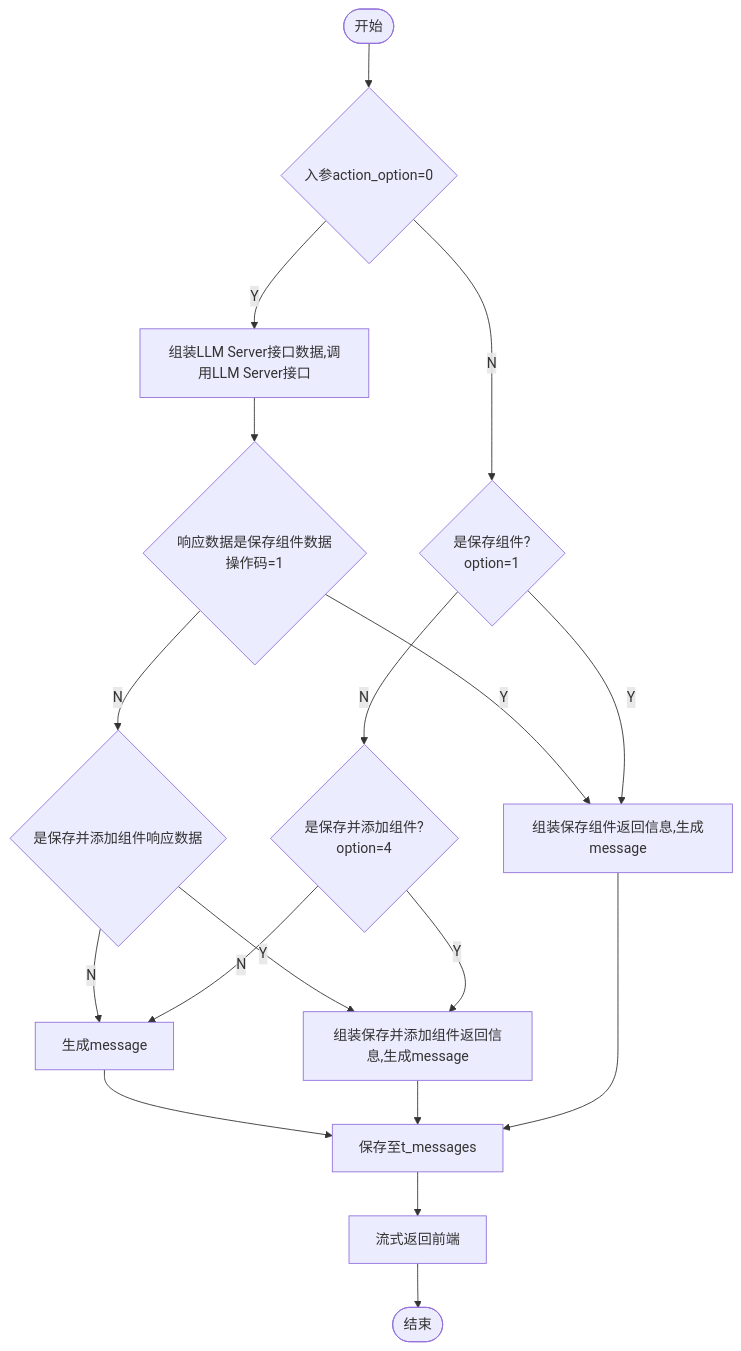
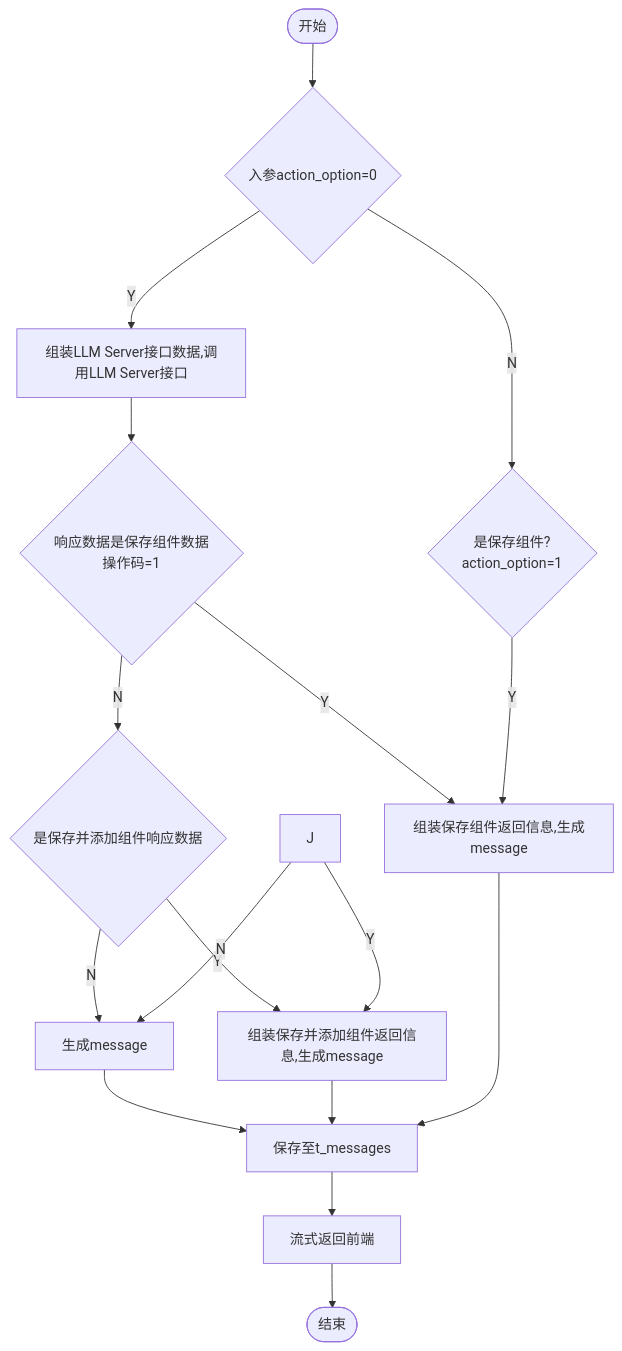
One commit to yingjianzh/iodraw-files changed the diagram in all/添加保存组件.md. Above: the diagram before and after it, drawn with Mermaid.

Commit message:
2024-10-15 15:26:14 update

````diff
--- a/all/添加保存组件.md
+++ b/all/添加保存组件.md
@@ -1,21 +1,21 @@
 ```mermaid
 flowchart TD
     A([开始]) --> B{入参action_option=0}
     B -- Y --> C[组装LLM Server接口数据,调用LLM Server接口]
     C --> E{响应数据是保存组件数据 \n 操作码=1}
-    B -- N --> D{是保存组件? \n option=1}
+    B -- N --> D{是保存组件? \n action_option=1}
     E -- N --> L{是保存并添加组件响应数据}
     E -- Y --> F[组装保存组件返回信息,生成message]
     
     L -- N --> R[生成message]
     R --> G
     L -- Y --> K
     D -- Y --> F
-    D -- N --> J{是保存并添加组件? \n option=4}
+    
     J -- Y --> K[组装保存并添加组件返回信息,生成message]
     K --> G
     J -- N --> R
     F --> G[保存至t_messages]
     G --> H[流式返回前端]
     H --> I([结束])
 ```
````
